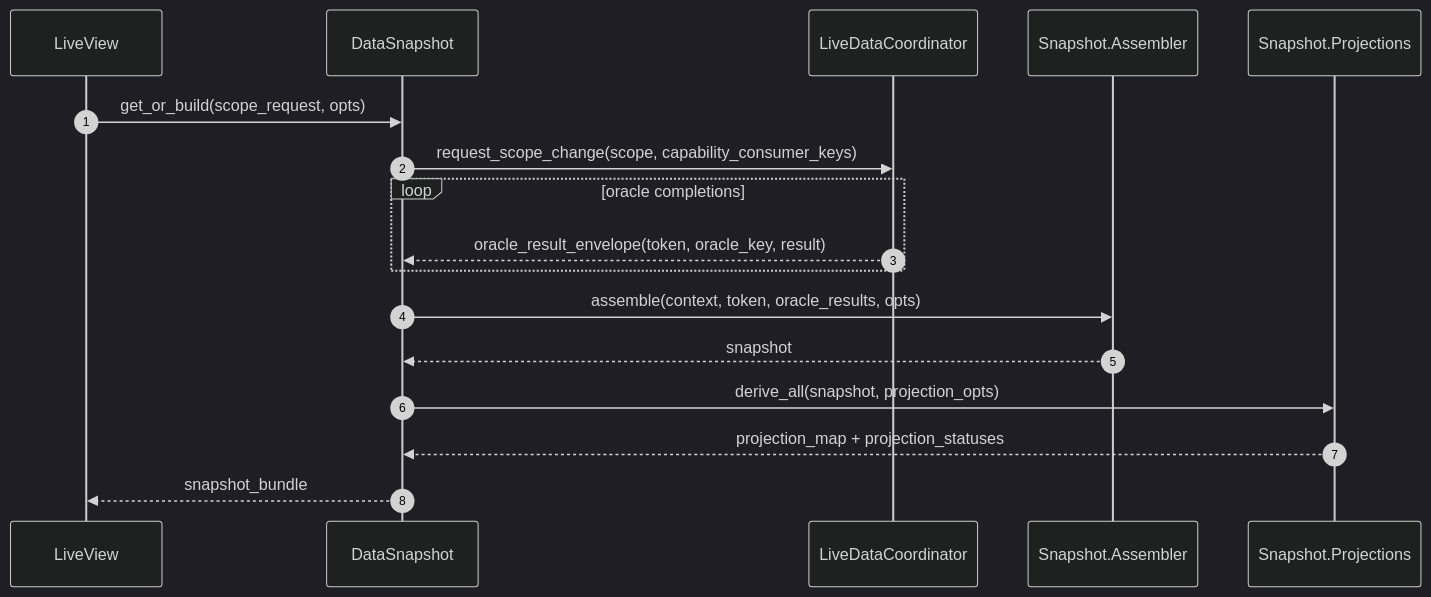
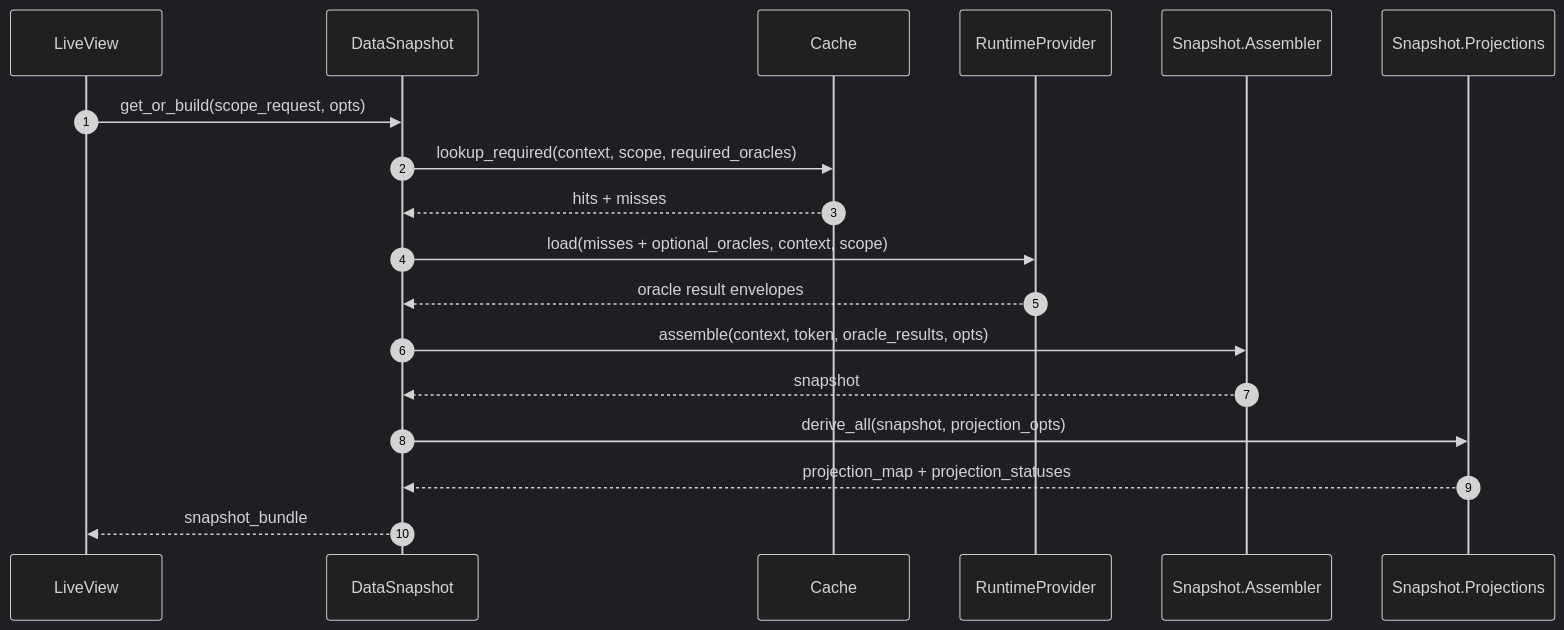
Before and after one commit to Simon-Initiative/oli-torus: the first of 3 diagrams in docs/epics/intelligent_dashboard/data_snapshot/fdd.md, drawn with Mermaid (dark theme). The commit also changed other lines of this file and 36 other files, not shown here.

````diff
--- a/docs/epics/intelligent_dashboard/data_snapshot/fdd.md
+++ b/docs/epics/intelligent_dashboard/data_snapshot/fdd.md
@@ -100,20 +99,21 @@
 ```mermaid
 sequenceDiagram
     autonumber
     participant LV as LiveView
     participant IDS as DataSnapshot
-    participant LDC as LiveDataCoordinator
+    participant C as Cache
+    participant RT as RuntimeProvider
     participant ASM as Snapshot.Assembler
     participant PROJ as Snapshot.Projections
 
     LV->>IDS: get_or_build(scope_request, opts)
-    IDS->>LDC: request_scope_change(scope, capability_consumer_keys)
-    loop oracle completions
-      LDC-->>IDS: oracle_result_envelope(token, oracle_key, result)
-    end
+    IDS->>C: lookup_required(context, scope, required_oracles)
+    C-->>IDS: hits + misses
+    IDS->>RT: load(misses + optional_oracles, context, scope)
+    RT-->>IDS: oracle result envelopes
     IDS->>ASM: assemble(context, token, oracle_results, opts)
     ASM-->>IDS: snapshot
     IDS->>PROJ: derive_all(snapshot, projection_opts)
     PROJ-->>IDS: projection_map + projection_statuses
     IDS-->>LV: snapshot_bundle
 ```
````
